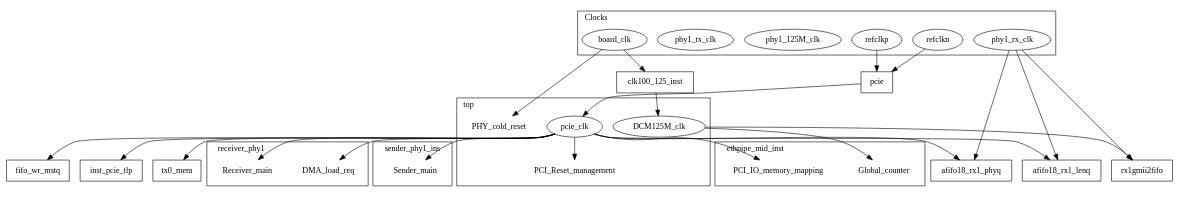
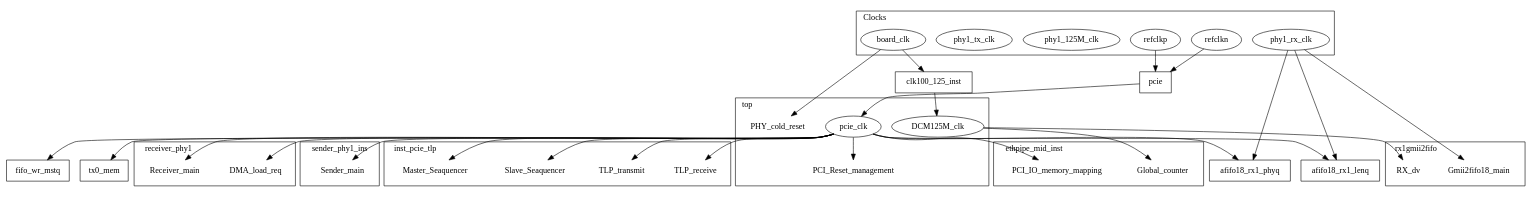
Before and after one commit to sora/ethpipe: the diagram in doc/clock-domain/clock.dot, drawn with Graphviz. The commit also changed other lines of this file, not shown here.

Commit message:
update the diagram of clock domain

```diff
--- a/doc/clock-domain/clock.dot
+++ b/doc/clock-domain/clock.dot
@@ -1,81 +1,104 @@
 digraph G {
     graph [rankdir=TB];
     node[shape=record];
 
 	// clocks
 	subgraph cluster_clock {
 		label="Clocks";
 		labelloc=t;
 		labeljust=l;
 
 		board_clk[shape=ellipse];
 		refclkp[shape=ellipse];
 		refclkn[shape=ellipse];
 		phy1_125M_clk[shape=ellipse];
 		phy1_tx_clk[shape=ellipse];
 		phy1_rx_clk[shape=ellipse];
 	}
 
 	subgraph cluster_top {
 		label="top";
 		labelloc=t;
 		labeljust=l;
 
 		pcie_clk[shape=ellipse];
 		DCM125M_clk[shape=ellipse];
 
 		PCI_Reset_management[shape=plaintext];
 		PHY_cold_reset[shape=plaintext];
 
 	}
 	pcie_clk -> PCI_Reset_management;
 	board_clk -> PHY_cold_reset;
 	board_clk -> clk100_125_inst;
 	clk100_125_inst -> DCM125M_clk;
 	refclkp -> pcie;
 	refclkn -> pcie;
 	pcie -> pcie_clk;
 
 	subgraph cluster_ethpipe_mid_inst {
 		label="ethpipe_mid_inst";
 		labelloc=t;
 		labeljust=l;
 
 		Global_counter[shape=plaintext];
 		PCI_IO_memory_mapping[shape=plaintext];
 	}
 	DCM125M_clk -> Global_counter;
 	pcie_clk -> PCI_IO_memory_mapping;
 
 	pcie_clk -> fifo_wr_mstq;
 	phy1_rx_clk -> afifo18_rx1_phyq;
 	pcie_clk -> afifo18_rx1_phyq;
 	phy1_rx_clk -> afifo18_rx1_lenq;
 	pcie_clk -> afifo18_rx1_lenq;
-	DCM125M_clk -> rx1gmii2fifo;
-	phy1_rx_clk -> rx1gmii2fifo;
-	pcie_clk -> inst_pcie_tlp;
 	pcie_clk -> tx0_mem;
 
 	subgraph cluster_receiver_phy1 {
 		label="receiver_phy1";
 		labelloc=t;
 		labeljust=l;
 
 		DMA_load_req[shape=plaintext];
 		Receiver_main[shape=plaintext];
 	}
 	pcie_clk -> DMA_load_req;
 	pcie_clk -> Receiver_main;
 
-
 	subgraph cluster_sender_phy1_ins {
 		label="sender_phy1_ins";
 		labelloc=t;
 		labeljust=l;
 
 		Sender_main[shape=plaintext];
 	}
 	pcie_clk -> Sender_main;
 
+	subgraph cluster_inst_pcie_tlp {
+		label="inst_pcie_tlp";
+		labelloc=t;
+		labeljust=l;
+
+		TLP_receive[shape=plaintext];
+		TLP_transmit[shape=plaintext];
+		Slave_Seaquencer[shape=plaintext];
+		Master_Seaquencer[shape=plaintext];
+	}
+	pcie_clk -> TLP_receive;
+	pcie_clk -> TLP_transmit;
+	pcie_clk -> Slave_Seaquencer;
+	pcie_clk -> Master_Seaquencer;
+
+	subgraph cluster_rx1gmii2fifo {
+		label="rx1gmii2fifo";
+		labelloc=t;
+		labeljust=l;
+
+		RX_dv[shape=plaintext];
+		Gmii2fifo18_main[shape=plaintext];
+	}
+
+	DCM125M_clk -> RX_dv;
+	phy1_rx_clk -> Gmii2fifo18_main;
+
 }
```
